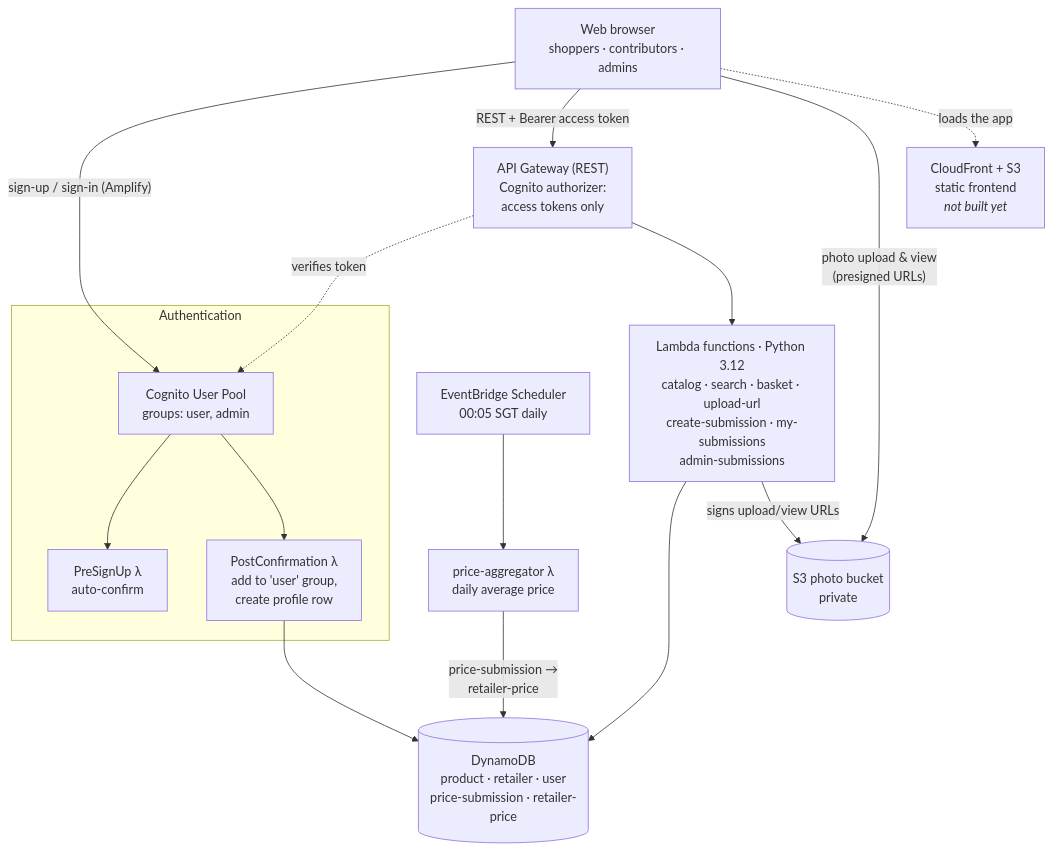
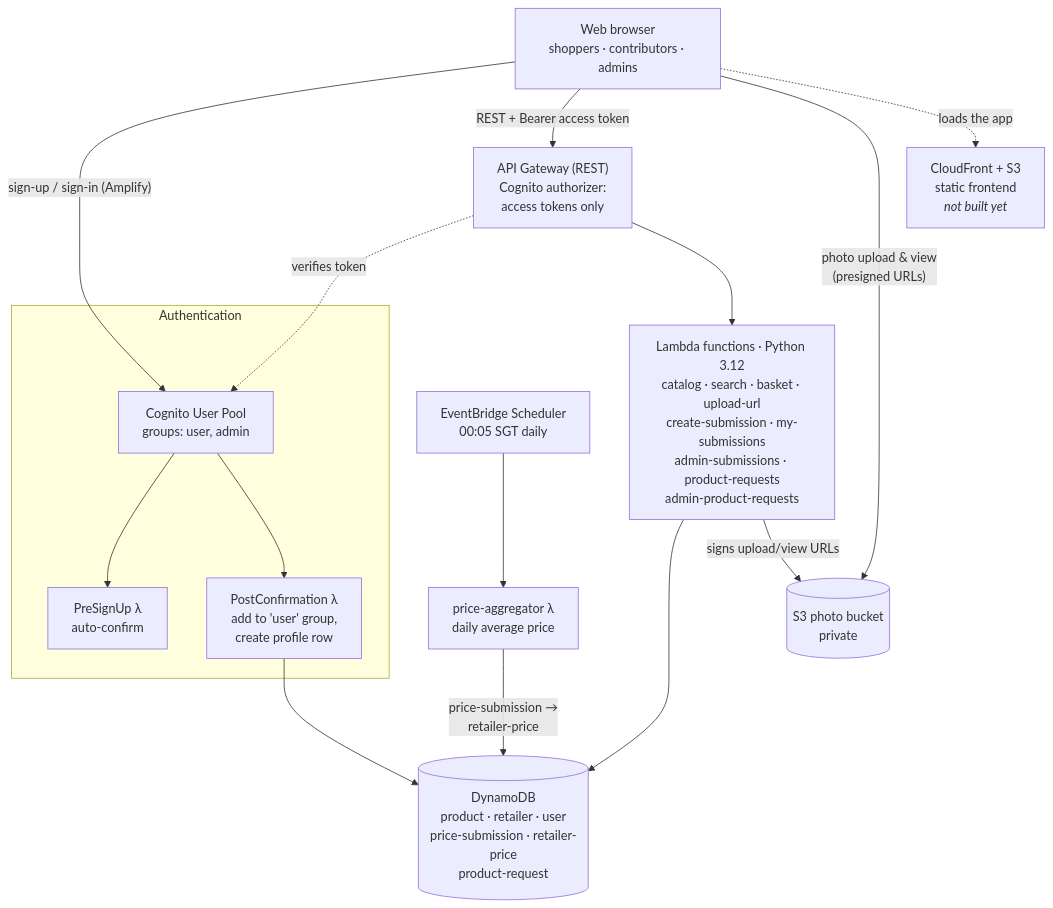
Before and after one commit to Gareth2-YS/TrolleySaver: the first of 7 diagrams in docs/architecture/ARCHITECTURE.md, drawn with Mermaid. The commit also changed other lines of this file and 28 other files, not shown here.

````diff
--- a/docs/architecture/ARCHITECTURE.md
+++ b/docs/architecture/ARCHITECTURE.md
@@ -18,32 +18,32 @@
 ```mermaid
 flowchart TB
     B["Web browser<br/>shoppers · contributors · admins"]
 
     subgraph auth["Authentication"]
         C["Cognito User Pool<br/>groups: user, admin"]
         PSU["PreSignUp λ<br/>auto-confirm"]
         PCF["PostConfirmation λ<br/>add to 'user' group,<br/>create profile row"]
     end
 
     API["API Gateway (REST)<br/>Cognito authorizer:<br/>access tokens only"]
-    L["Lambda functions · Python 3.12<br/>catalog · search · basket · upload-url<br/>create-submission · my-submissions<br/>admin-submissions"]
-    D[("DynamoDB<br/>product · retailer · user<br/>price-submission · retailer-price")]
+    L["Lambda functions · Python 3.12<br/>catalog · search · basket · upload-url<br/>create-submission · my-submissions<br/>admin-submissions · product-requests<br/>admin-product-requests"]
+    D[("DynamoDB<br/>product · retailer · user<br/>price-submission · retailer-price<br/>product-request")]
     S["EventBridge Scheduler<br/>00:05 SGT daily"]
     AG["price-aggregator λ<br/>daily average price"]
     P[("S3 photo bucket<br/>private")]
     CF["CloudFront + S3<br/>static frontend<br/><i>not built yet</i>"]
 
     B -- "sign-up / sign-in (Amplify)" --> C
     C --> PSU
     C --> PCF
     PCF --> D
     B -- "REST + Bearer access token" --> API
     API -. "verifies token" .-> C
     API --> L
     L --> D
     S --> AG
     AG -- "price-submission →<br/>retailer-price" --> D
     L -- "signs upload/view URLs" --> P
     B -- "photo upload & view<br/>(presigned URLs)" --> P
     B -. "loads the app" .-> CF
 ```
````
